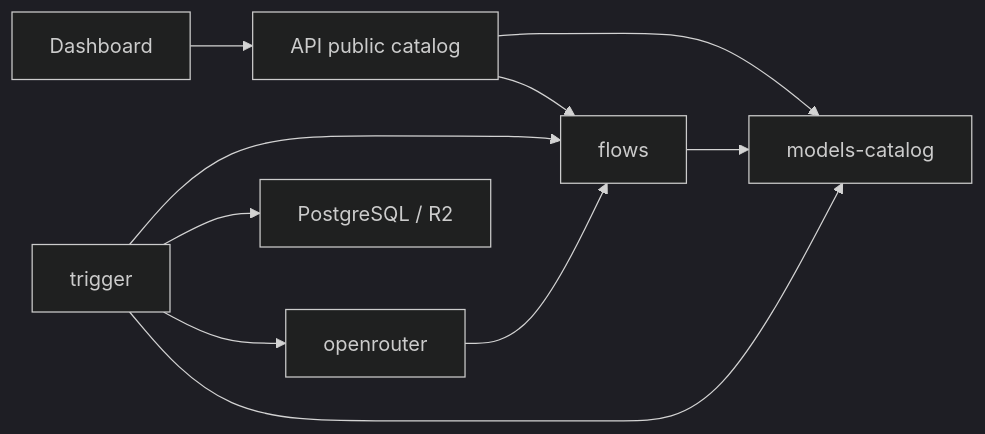
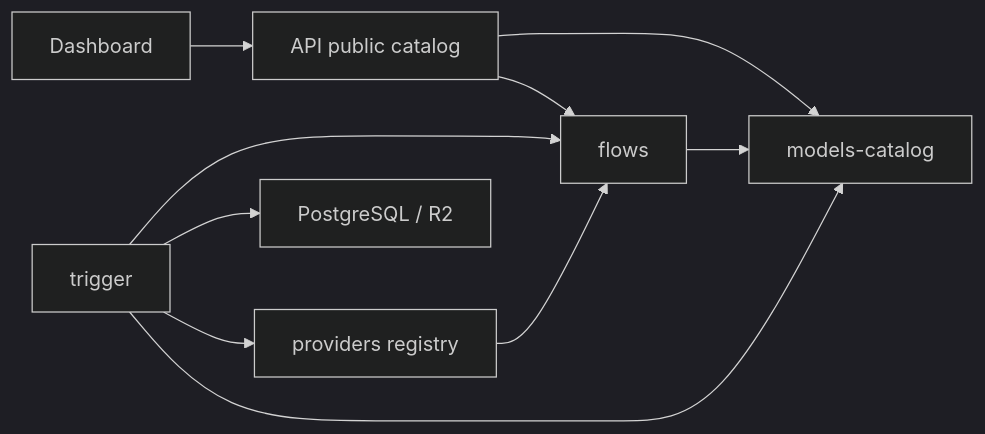
Before and after one commit to leognmotta/talelabs: the diagram in docs/generation-runtime-simplification-plan.md, drawn with Mermaid (dark theme). The commit also changed other lines of this file and 5 other files, not shown here.

Commit message:
docs: update provider architecture and registry details in generation runtime documentation

````diff
--- a/docs/generation-runtime-simplification-plan.md
+++ b/docs/generation-runtime-simplification-plan.md
@@ -693,12 +697,12 @@
 ```mermaid
 flowchart LR
   Dashboard["Dashboard"] --> API["API public catalog"]
   API --> Catalog["models-catalog"]
   API --> Flows["flows"]
   Flows --> Catalog
   Trigger["trigger"] --> Flows
   Trigger --> Catalog
-  Trigger --> OpenRouter["openrouter"]
-  OpenRouter --> Flows
+  Trigger --> Providers["providers registry"]
+  Providers --> Flows
   Trigger --> DB["PostgreSQL / R2"]
 ```
````
